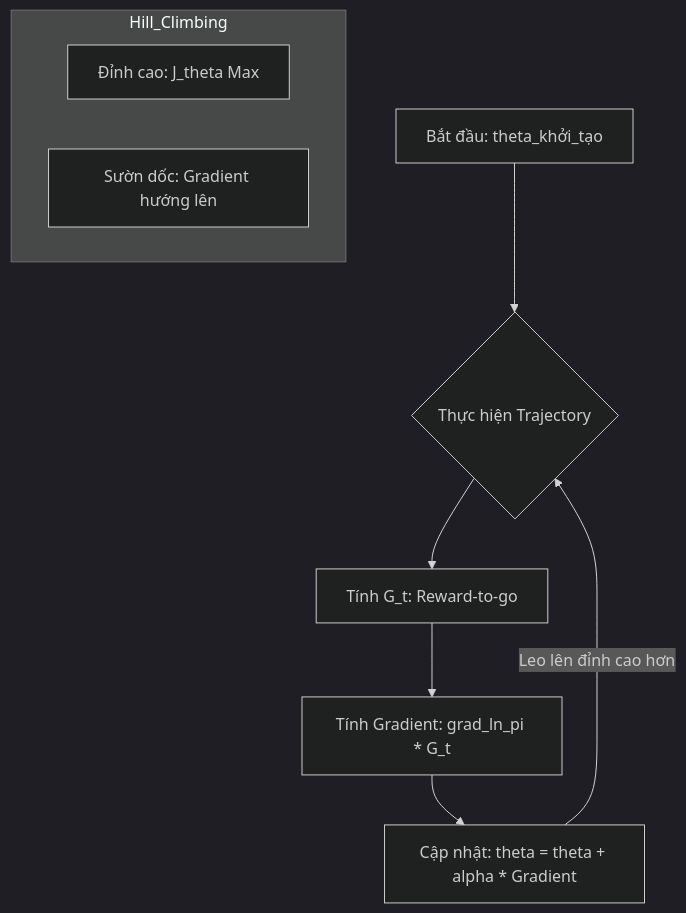
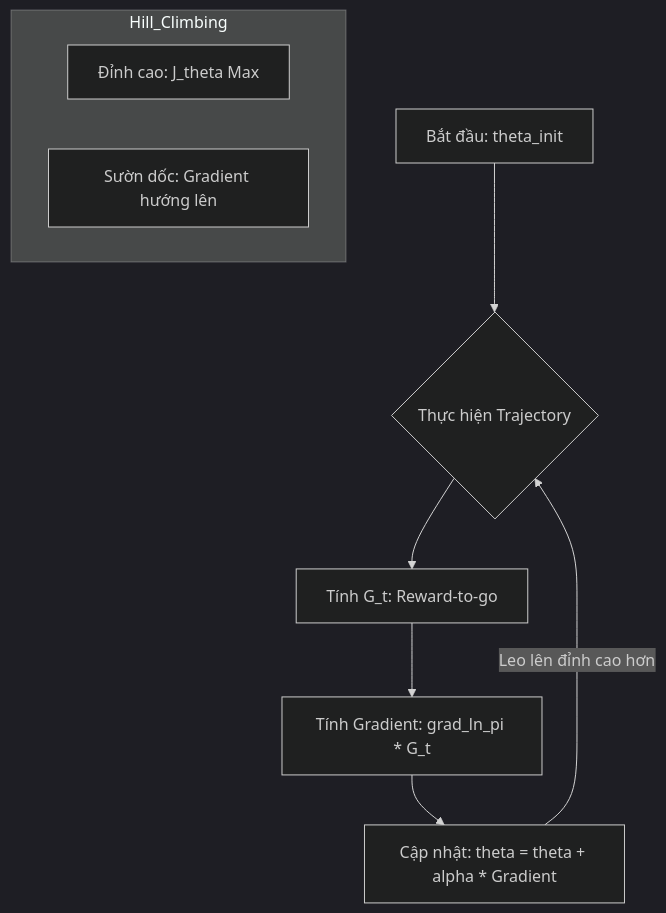
Before and after one commit to uit-25730067-chithanh/CS115-Team05-PG: the diagram in docs/knowledge-base/02-policy-gradient-math/02-the-gradient-trick.md, drawn with Mermaid (dark theme). The commit also changed other lines of this file and 2 other files, not shown here.

````diff
--- a/docs/knowledge-base/02-policy-gradient-math/02-the-gradient-trick.md
+++ b/docs/knowledge-base/02-policy-gradient-math/02-the-gradient-trick.md
@@ -69,13 +70,13 @@
 ```mermaid
 graph TD
-    A[Bắt đầu: theta_khởi_tạo] --> B{Thực hiện Trajectory}
+    A[Bắt đầu: theta_init] --> B{Thực hiện Trajectory}
     B --> C[Tính G_t: Reward-to-go]
     C --> D[Tính Gradient: grad_ln_pi * G_t]
     D --> E[Cập nhật: theta = theta + alpha * Gradient]
     E -->|Leo lên đỉnh cao hơn| B
 
     subgraph Hill_Climbing
     H[Đỉnh cao: J_theta Max]
     S[Sườn dốc: Gradient hướng lên]
     end
 ```
````
